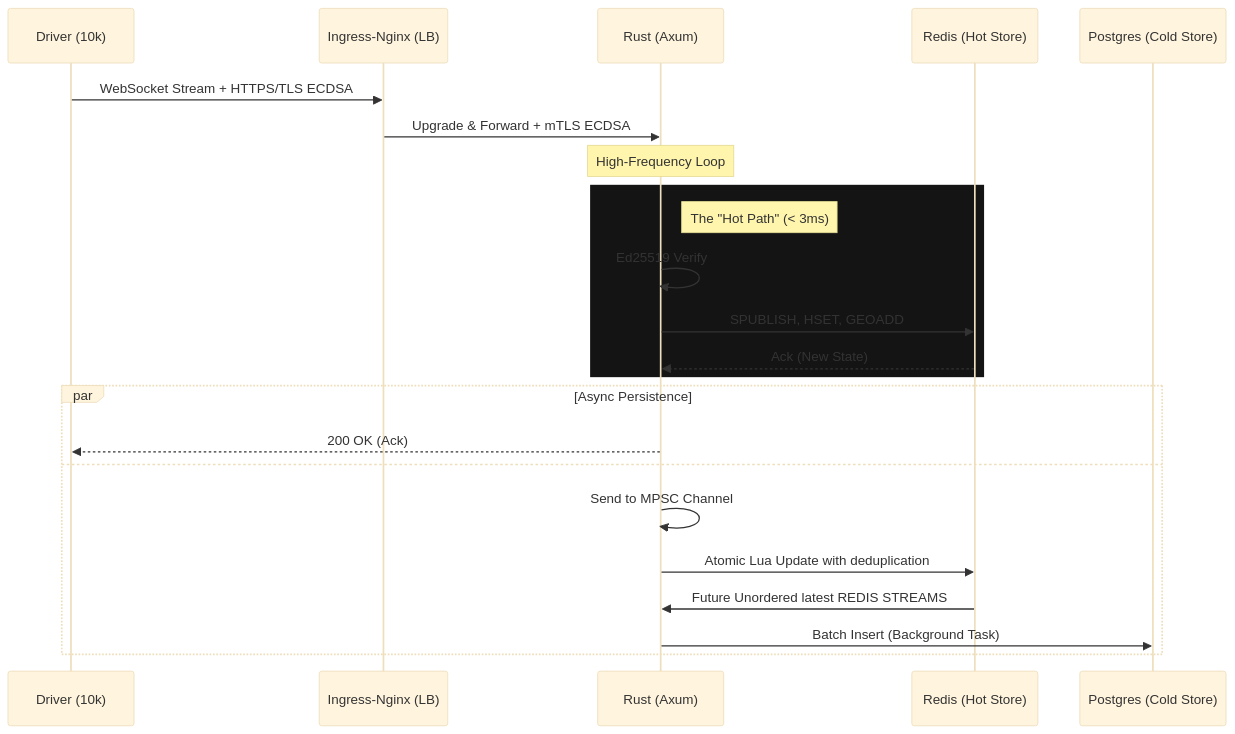
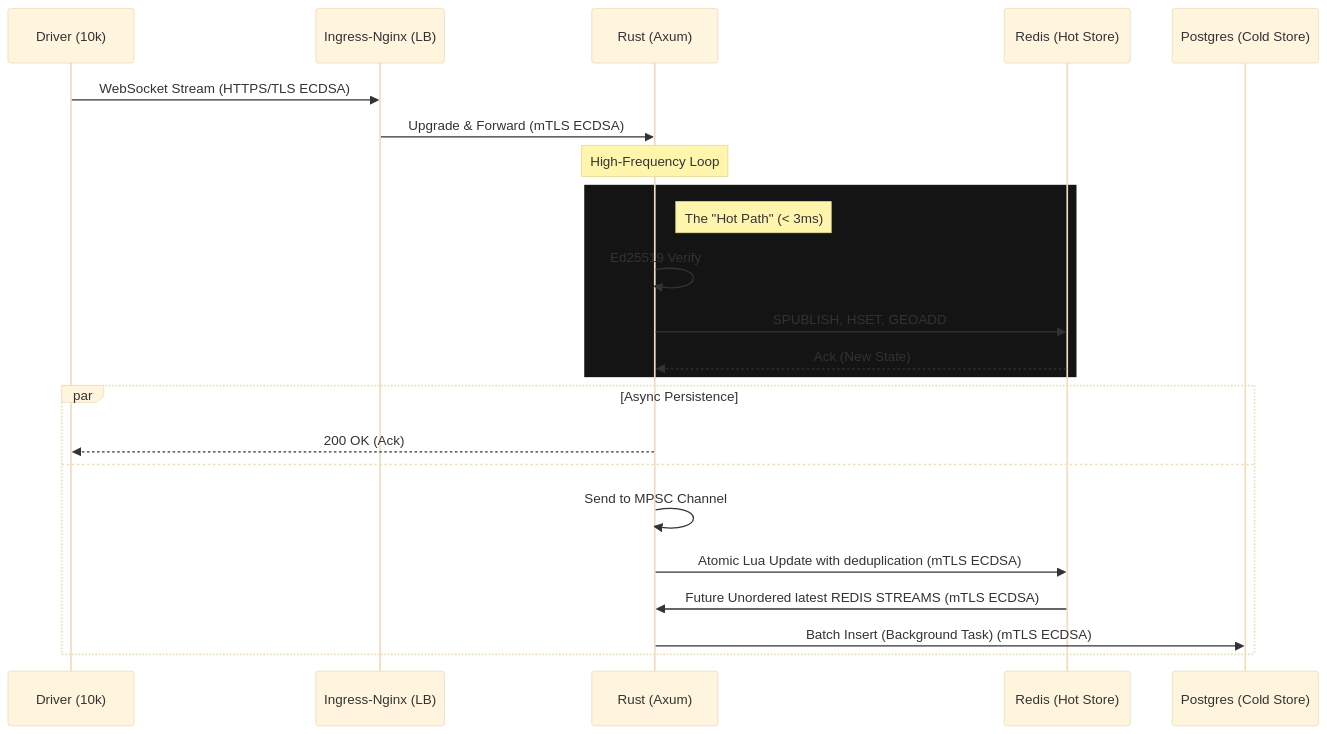
Before and after one commit to fossabot/high-concurrency-logistics-engine: the first of 2 diagrams in README.md, drawn with Mermaid (base theme). The commit also changed other lines of this file, not shown here.

````diff
--- a/README.md
+++ b/README.md
@@ -108,29 +108,29 @@
 ```mermaid
 sequenceDiagram
     participant C as Driver (10k)
     participant N as Ingress-Nginx (LB)
     participant R as Rust (Axum)
     participant D as Redis (Hot Store)
     participant P as Postgres (Cold Store)
 
-    C->>N: WebSocket Stream + HTTPS/TLS ECDSA
-    N->>R: Upgrade & Forward + mTLS ECDSA
+    C->>N: WebSocket Stream (HTTPS/TLS ECDSA)
+    N->>R: Upgrade & Forward (mTLS ECDSA)
     
     Note over R: High-Frequency Loop
     
     rect rgb(20, 20, 20)
         Note right of R: The "Hot Path" (< 3ms)
         R->>R: Ed25519 Verify
         R->>D: SPUBLISH, HSET, GEOADD
         D-->>R: Ack (New State)
     end
 
     par Async Persistence
-        R-->>C: 200 OK (Ack)
+        R-->>C: 200 OK (Ack) 
         and
         R->>R: Send to MPSC Channel
-        R->>D: Atomic Lua Update with deduplication
-        D->>R: Future Unordered latest REDIS STREAMS
-        R->>P: Batch Insert (Background Task)
+        R->>D: Atomic Lua Update with deduplication (mTLS ECDSA)
+        D->>R: Future Unordered latest REDIS STREAMS (mTLS ECDSA)
+        R->>P: Batch Insert (Background Task) (mTLS ECDSA)
     end
 ```
````
